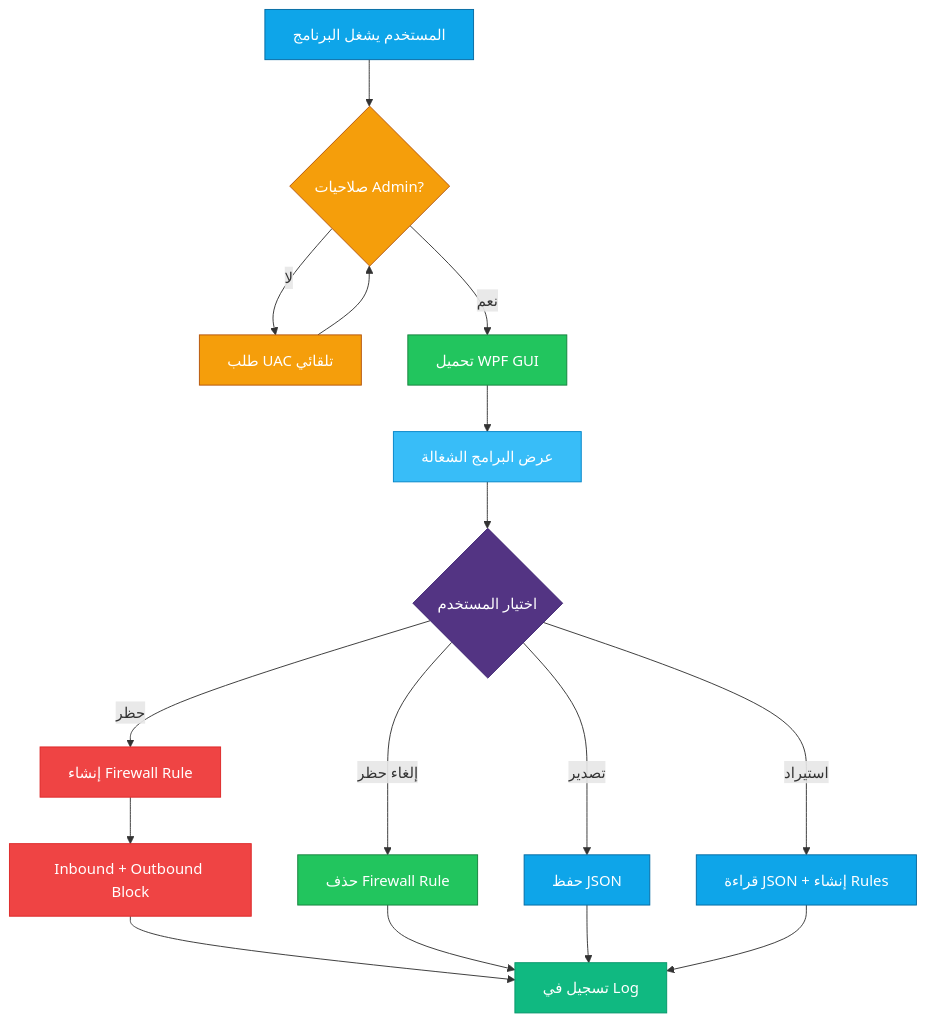
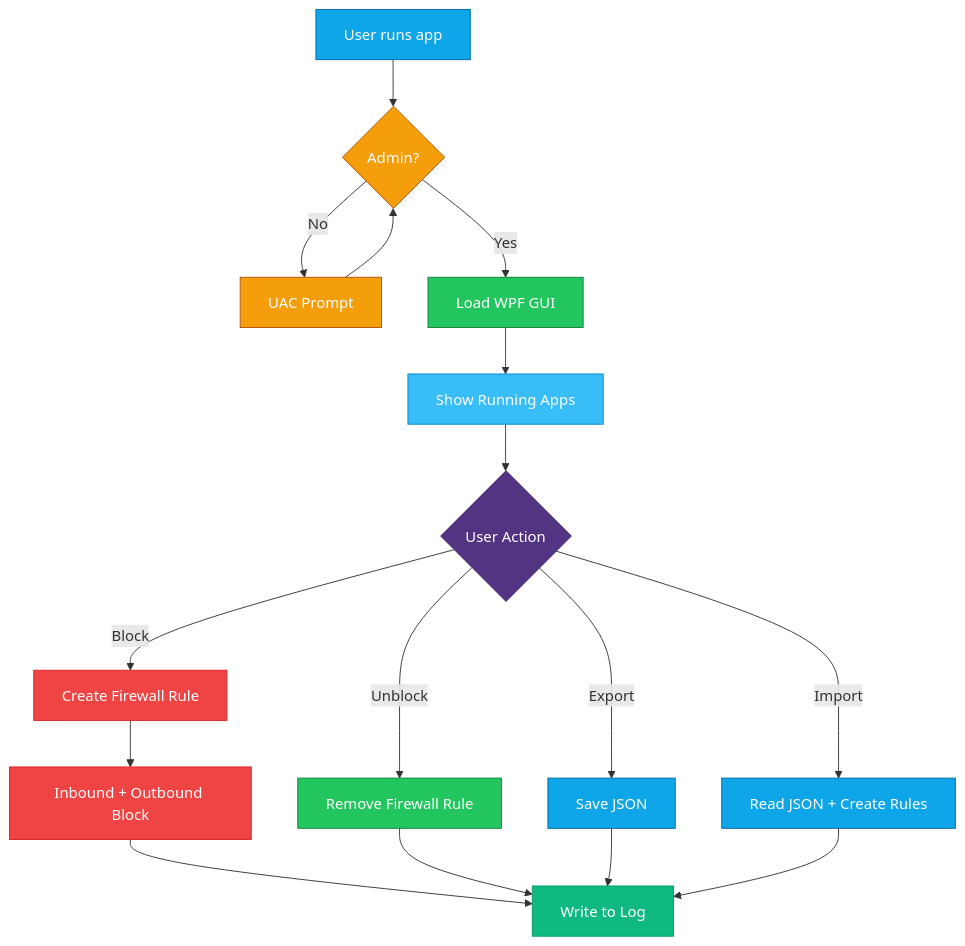
The diagram in README.md (F2lcon01/Block-apps-internet), drawn with Mermaid before and after one commit. The commit also changed other lines of this file, not shown here.

````diff
--- a/README.md
+++ b/README.md
@@ -300,33 +210,33 @@
 ```mermaid
 graph TD
-    A[المستخدم يشغل البرنامج] --> B{صلاحيات Admin?}
-    B -->|لا| C[طلب UAC تلقائي]
+    A["User runs app"] --> B{"Admin?"}
+    B -->|No| C["UAC Prompt"]
     C --> B
-    B -->|نعم| D[تحميل WPF GUI]
-    D --> E[عرض البرامج الشغالة]
+    B -->|Yes| D["Load WPF GUI"]
+    D --> E["Show Running Apps"]
     
-    E --> F{اختيار المستخدم}
-    F -->|حظر| G[إنشاء Firewall Rule]
-    F -->|إلغاء حظر| H[حذف Firewall Rule]
-    F -->|تصدير| I[حفظ JSON]
-    F -->|استيراد| J[قراءة JSON + إنشاء Rules]
+    E --> F{"User Action"}
+    F -->|Block| G["Create Firewall Rule"]
+    F -->|Unblock| H["Remove Firewall Rule"]
+    F -->|Export| I["Save JSON"]
+    F -->|Import| J["Read JSON + Create Rules"]
     
-    G --> K[Inbound + Outbound Block]
-    K --> L[تسجيل في Log]
+    G --> K["Inbound + Outbound Block"]
+    K --> L["Write to Log"]
     H --> L
     I --> L
     J --> L
 
     style A fill:#0ea5e9,stroke:#0369a1,color:#fff
     style B fill:#f59e0b,stroke:#b45309,color:#fff
     style C fill:#f59e0b,stroke:#b45309,color:#fff
     style D fill:#22c55e,stroke:#15803d,color:#fff
     style E fill:#38bdf8,stroke:#0284c7,color:#fff
     style F fill:#533483,stroke:#3A1F6E,color:#fff
     style G fill:#ef4444,stroke:#dc2626,color:#fff
     style H fill:#22c55e,stroke:#15803d,color:#fff
     style I fill:#0ea5e9,stroke:#0369a1,color:#fff
     style J fill:#0ea5e9,stroke:#0369a1,color:#fff
     style K fill:#ef4444,stroke:#dc2626,color:#fff
     style L fill:#10b981,stroke:#059669,color:#fff
 ```
````
